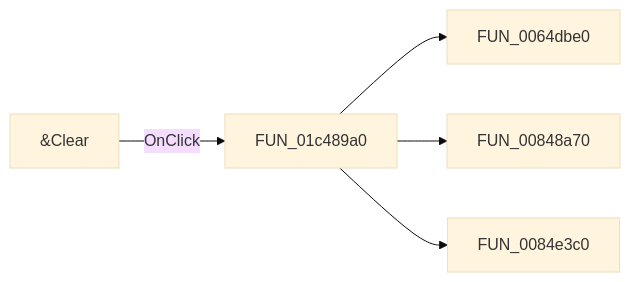
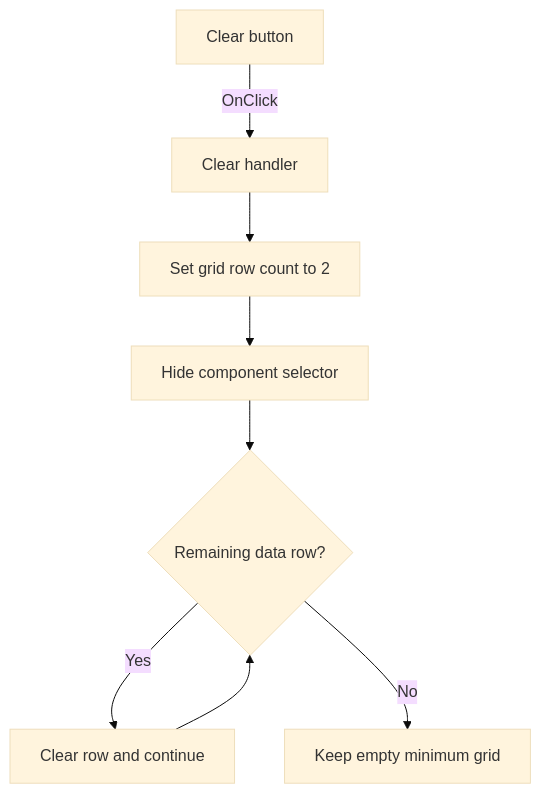
One commit to MovGP0/TIARA changed the diagram in docs/ui-controls/frmsetcompmainvaluelimits/clear-59e91abbe6.md. Above: the diagram before and after it, drawn with Mermaid (base theme). The commit also changed other lines of this file and 387 other files, not shown here.

````diff
--- a/docs/ui-controls/frmsetcompmainvaluelimits/clear-59e91abbe6.md
+++ b/docs/ui-controls/frmsetcompmainvaluelimits/clear-59e91abbe6.md
@@ -27,7 +27,10 @@
 ```mermaid
-flowchart LR
-    control["&Clear"] -->|OnClick| handler["FUN_01c489a0"]
-    handler --> call1["FUN_0064dbe0"]
-    handler --> call2["FUN_00848a70"]
-    handler --> call3["FUN_0084e3c0"]
+flowchart TD
+    control["Clear button"] -->|"OnClick"| handler["Clear handler"]
+    handler --> resize["Set grid row count to 2"]
+    resize --> hide["Hide component selector"]
+    hide --> rows{"Remaining data row?"}
+    rows -->|"Yes"| clear["Clear row and continue"]
+    clear --> rows
+    rows -->|"No"| done["Keep empty minimum grid"]
 ```
````
